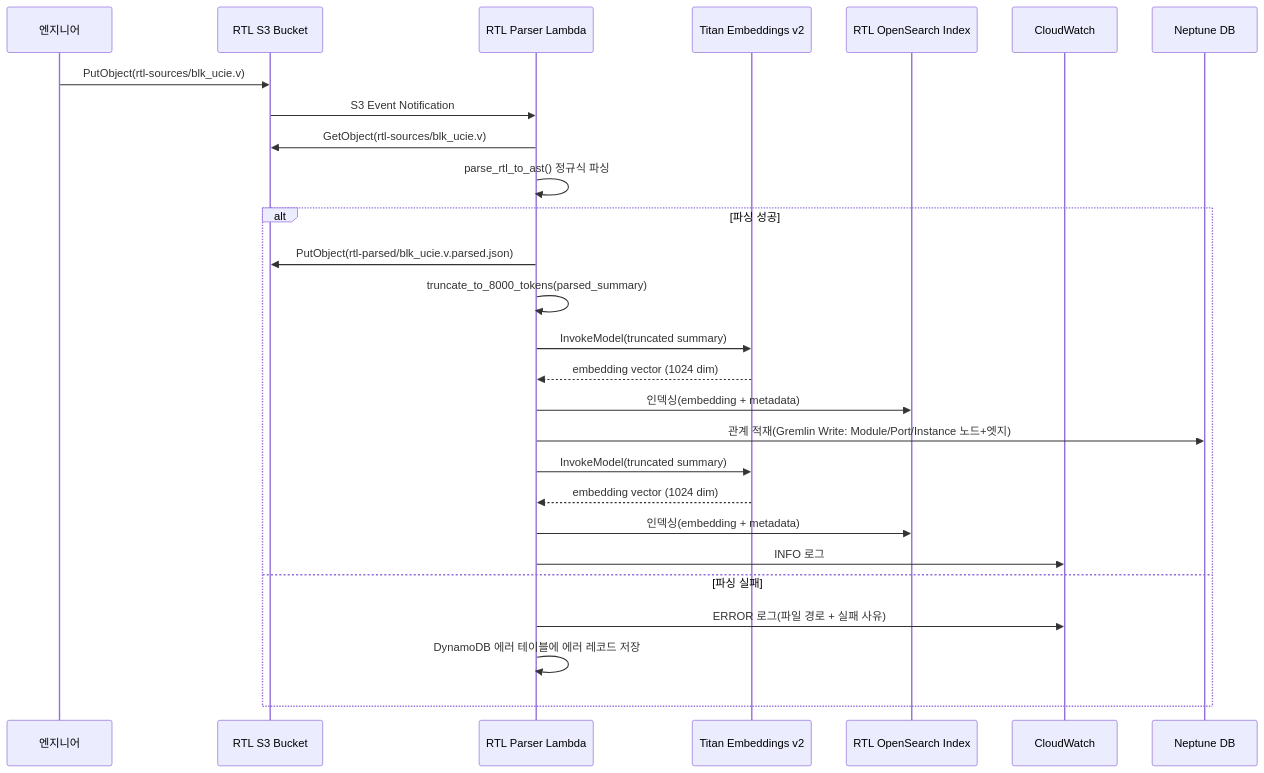
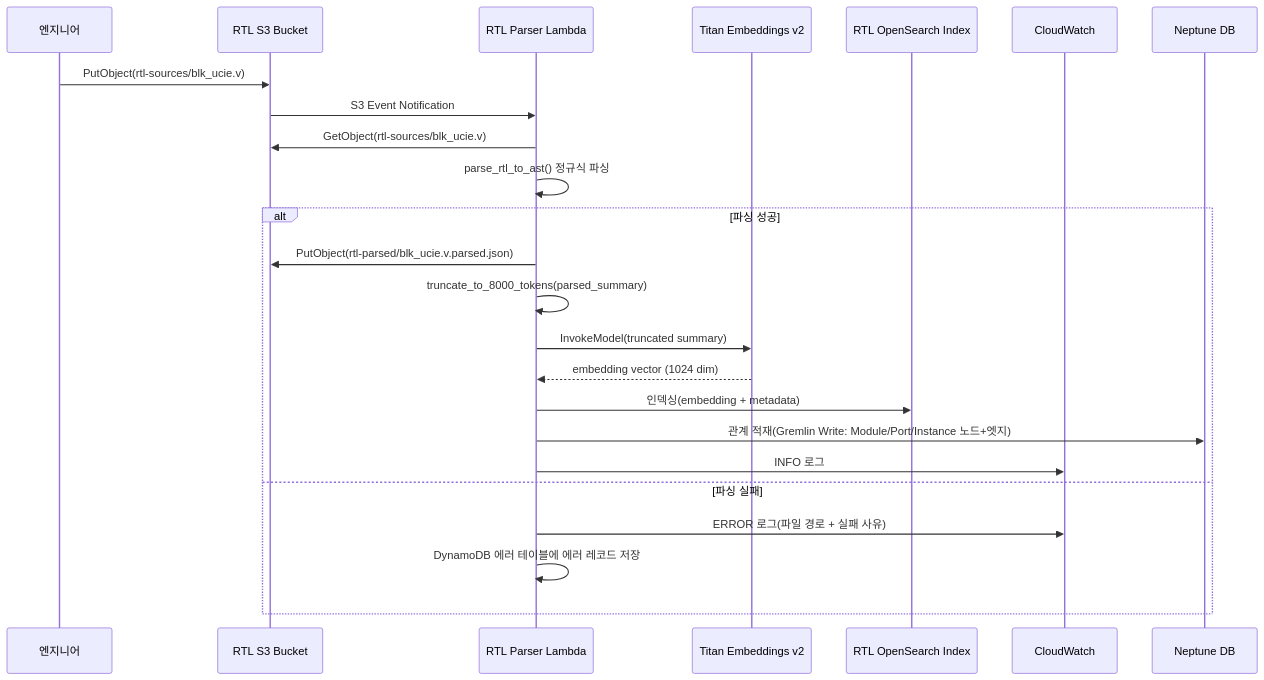
The second of 5 diagrams in .kiro/specs/8_enhanced-rag-optimization/design.md (yota0227/aws_private_rag-public-), drawn with Mermaid before and after one commit. The commit also changed 1 other file, not shown here.

Commit message:
fix: sync tasks with design - IAM 5 actions, Neptune SG strict, Write IAM, asyncio fallback, Property 25, diagram dedup

````diff
--- a/.kiro/specs/8_enhanced-rag-optimization/design.md
+++ b/.kiro/specs/8_enhanced-rag-optimization/design.md
@@ -112,30 +112,27 @@
 ```mermaid
 sequenceDiagram
     participant Eng as 엔지니어
     participant RTL_S3 as RTL S3 Bucket
     participant Parser as RTL Parser Lambda
     participant Titan as Titan Embeddings v2
     participant RTL_OS as RTL OpenSearch Index
     participant CW as CloudWatch
     participant Neptune as Neptune DB
 
     Eng->>RTL_S3: PutObject(rtl-sources/blk_ucie.v)
     RTL_S3->>Parser: S3 Event Notification
     Parser->>RTL_S3: GetObject(rtl-sources/blk_ucie.v)
     Parser->>Parser: parse_rtl_to_ast() 정규식 파싱
     alt 파싱 성공
         Parser->>RTL_S3: PutObject(rtl-parsed/blk_ucie.v.parsed.json)
         Parser->>Parser: truncate_to_8000_tokens(parsed_summary)
         Parser->>Titan: InvokeModel(truncated summary)
         Titan-->>Parser: embedding vector (1024 dim)
         Parser->>RTL_OS: 인덱싱(embedding + metadata)
         Parser->>Neptune: 관계 적재(Gremlin Write: Module/Port/Instance 노드+엣지)
-        Parser->>Titan: InvokeModel(truncated summary)
-        Titan-->>Parser: embedding vector (1024 dim)
-        Parser->>RTL_OS: 인덱싱(embedding + metadata)
         Parser->>CW: INFO 로그
     else 파싱 실패
         Parser->>CW: ERROR 로그(파일 경로 + 실패 사유)
         Parser->>Parser: DynamoDB 에러 테이블에 에러 레코드 저장
     end
 ```
````
